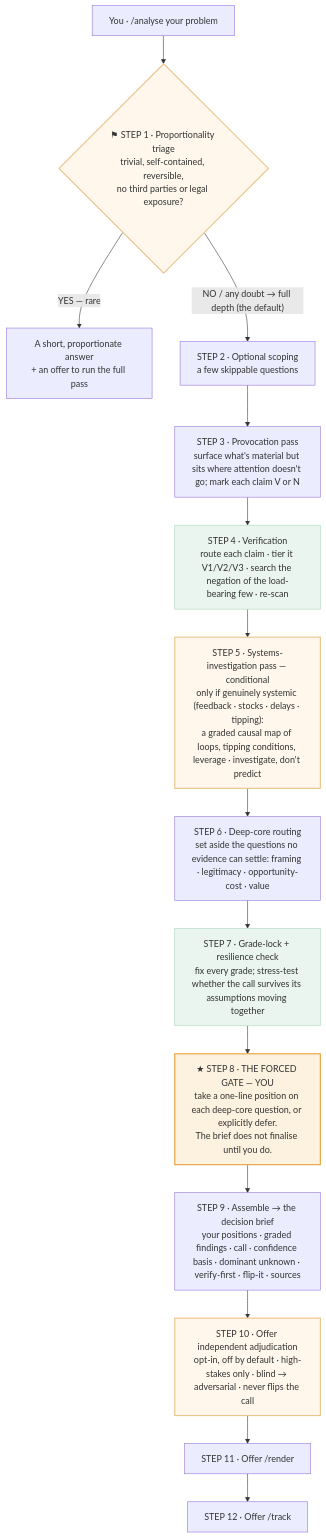
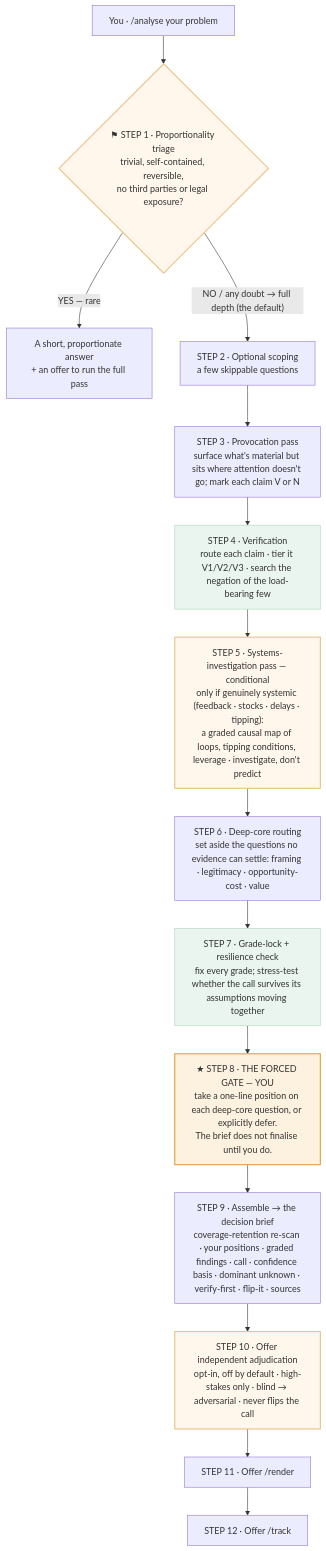
Before and after one commit to ComplexAR/Insight-Engine: the second of 2 diagrams in docs/User-Operating-Guide.md, drawn with Mermaid. The commit also changed other lines of this file and 3 other files, not shown here.

````diff
--- a/docs/User-Operating-Guide.md
+++ b/docs/User-Operating-Guide.md
@@ -79,25 +79,25 @@
 ```mermaid
 flowchart TD
     U["You · /analyse your problem"] --> T{"⚑ STEP 1 · Proportionality triage<br/>trivial, self-contained, reversible,<br/>no third parties or legal exposure?"}
     T -->|"YES — rare"| SH["A short, proportionate answer<br/>+ an offer to run the full pass"]
     T -->|"NO / any doubt → full depth (the default)"| S0["STEP 2 · Optional scoping<br/>a few skippable questions"]
     S0 --> S1["STEP 3 · Provocation pass<br/>surface what's material but sits where attention doesn't go; mark each claim V or N"]
-    S1 --> S2["STEP 4 · Verification<br/>route each claim · tier it V1/V2/V3 · search the negation of the load-bearing few · re-scan"]
+    S1 --> S2["STEP 4 · Verification<br/>route each claim · tier it V1/V2/V3 · search the negation of the load-bearing few"]
     S2 --> S25["STEP 5 · Systems-investigation pass — conditional<br/>only if genuinely systemic (feedback · stocks · delays · tipping):<br/>a graded causal map of loops, tipping conditions, leverage · investigate, don't predict"]
     S25 --> S3["STEP 6 · Deep-core routing<br/>set aside the questions no evidence can settle: framing · legitimacy · opportunity-cost · value"]
     S3 --> S4["STEP 7 · Grade-lock + resilience check<br/>fix every grade; stress-test whether the call survives its assumptions moving together"]
     S4 --> G["★ STEP 8 · THE FORCED GATE — YOU<br/>take a one-line position on each deep-core question, or explicitly defer.<br/>The brief does not finalise until you do."]
-    G --> S6["STEP 9 · Assemble → the decision brief<br/>your positions · graded findings · call · confidence basis · dominant unknown · verify-first · flip-it · sources"]
+    G --> S6["STEP 9 · Assemble → the decision brief<br/>coverage-retention re-scan · your positions · graded findings · call · confidence basis · dominant unknown · verify-first · flip-it · sources"]
     S6 --> S10["STEP 10 · Offer independent adjudication<br/>opt-in, off by default · high-stakes only · blind → adversarial · never flips the call"]
     S10 --> S11["STEP 11 · Offer /render"]
     S11 --> S12["STEP 12 · Offer /track"]
     classDef gate fill:#fdf1df,stroke:#e8a33d,stroke-width:2px;
     classDef cond fill:#fff7ec,stroke:#eac489,stroke-width:2px;
     classDef green fill:#e9f5ee,stroke:#a9d4bd;
     class G gate;
     class T cond;
     class S25 cond;
     class S10 cond;
     class S2 green;
     class S4 green;
 ```
````
